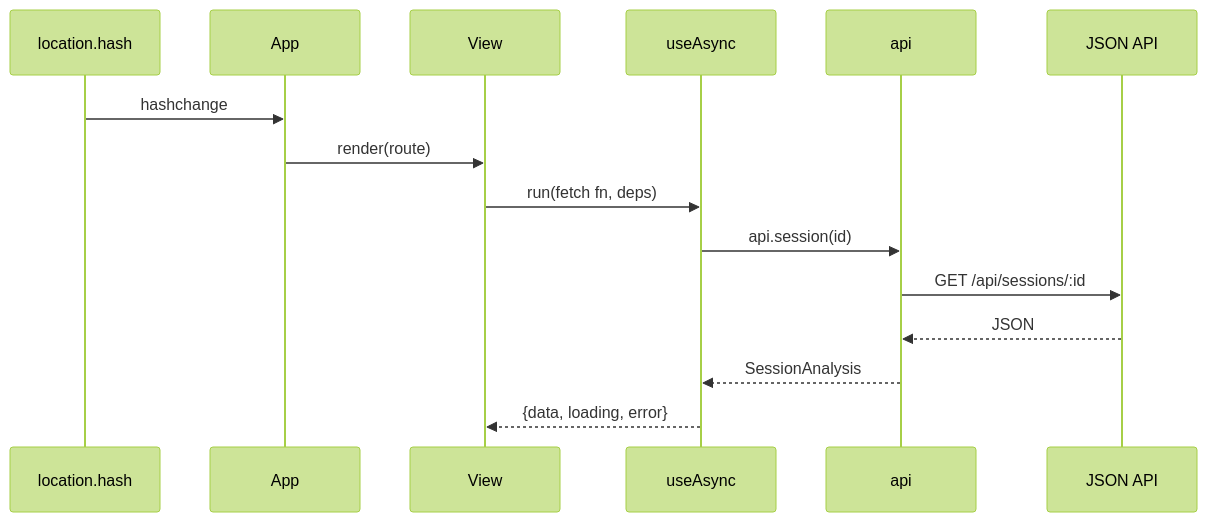
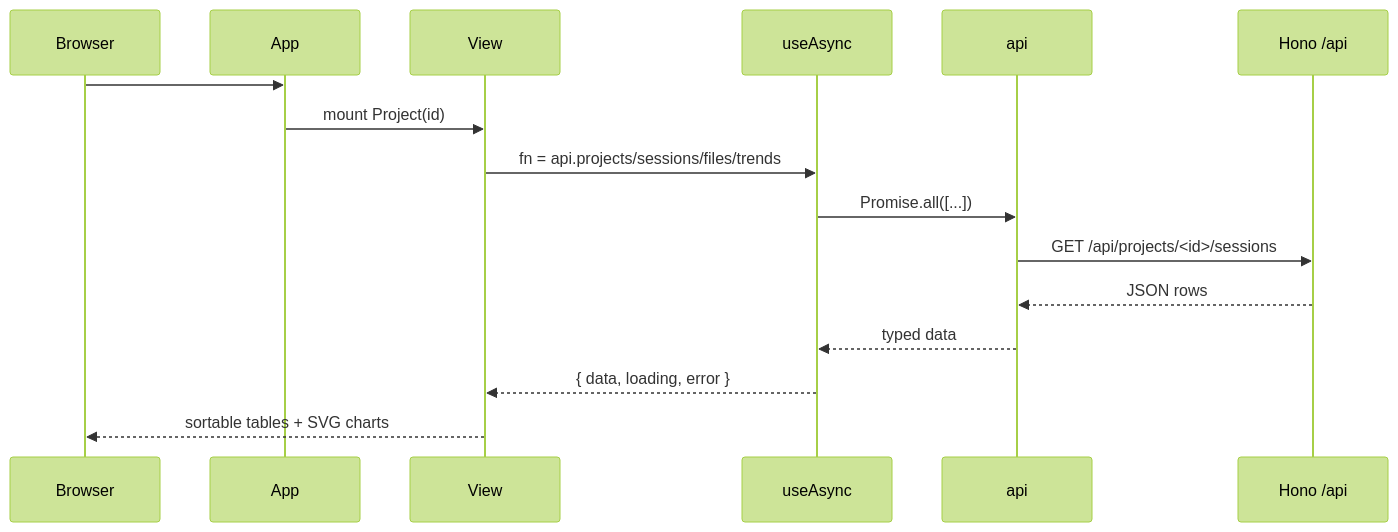
The second of 2 diagrams in wiki/6-web-spa-frontend.md (yorch/cc-analyzer), drawn with Mermaid (forest theme) before and after one commit. The commit also changed other lines of this file and 19 other files, not shown here.

````diff
--- a/wiki/6-web-spa-frontend.md
+++ b/wiki/6-web-spa-frontend.md
@@ -126,18 +139,19 @@
 ```mermaid
 sequenceDiagram
-    participant Hash as location.hash
+    participant Browser
     participant App
     participant View
     participant useAsync
     participant api
-    participant Server as JSON API
+    participant Server as Hono /api
 
-    Hash->>App: hashchange
-    App->>View: render(route)
-    View->>useAsync: run(fetch fn, deps)
-    useAsync->>api: api.session(id)
-    api->>Server: GET /api/sessions/:id
-    Server-->>api: JSON
-    api-->>useAsync: SessionAnalysis
-    useAsync-->>View: {data, loading, error}
+    Browser->>App: #/project/<id>
+    App->>View: mount Project(id)
+    View->>useAsync: fn = api.projects/sessions/files/trends
+    useAsync->>api: Promise.all([...])
+    api->>Server: GET /api/projects/<id>/sessions
+    Server-->>api: JSON rows
+    api-->>useAsync: typed data
+    useAsync-->>View: { data, loading, error }
+    View-->>Browser: sortable tables + SVG charts
 ```
````
